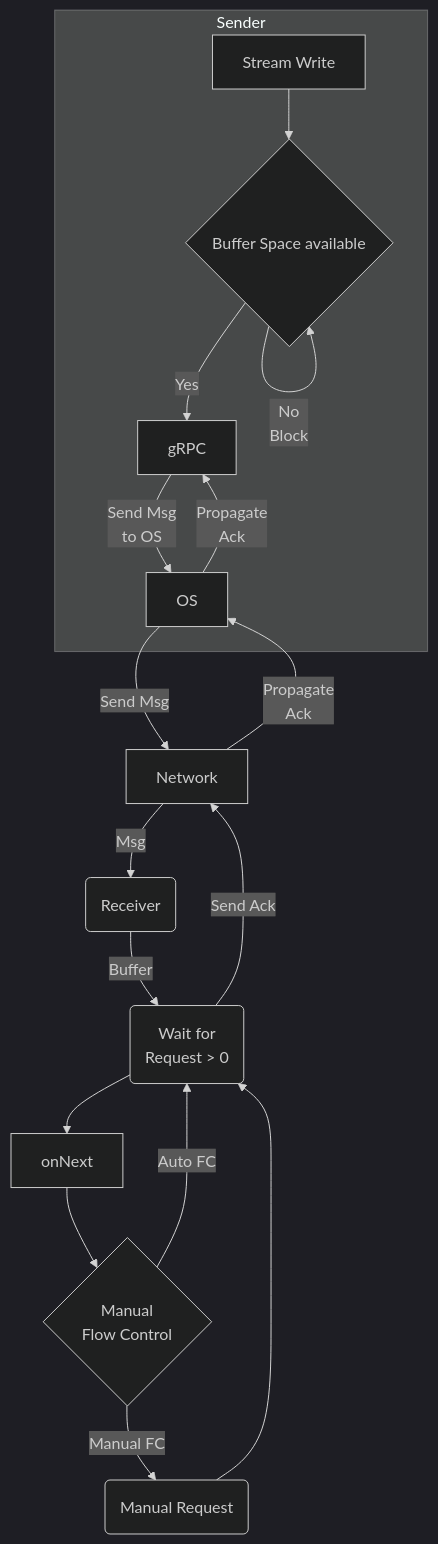
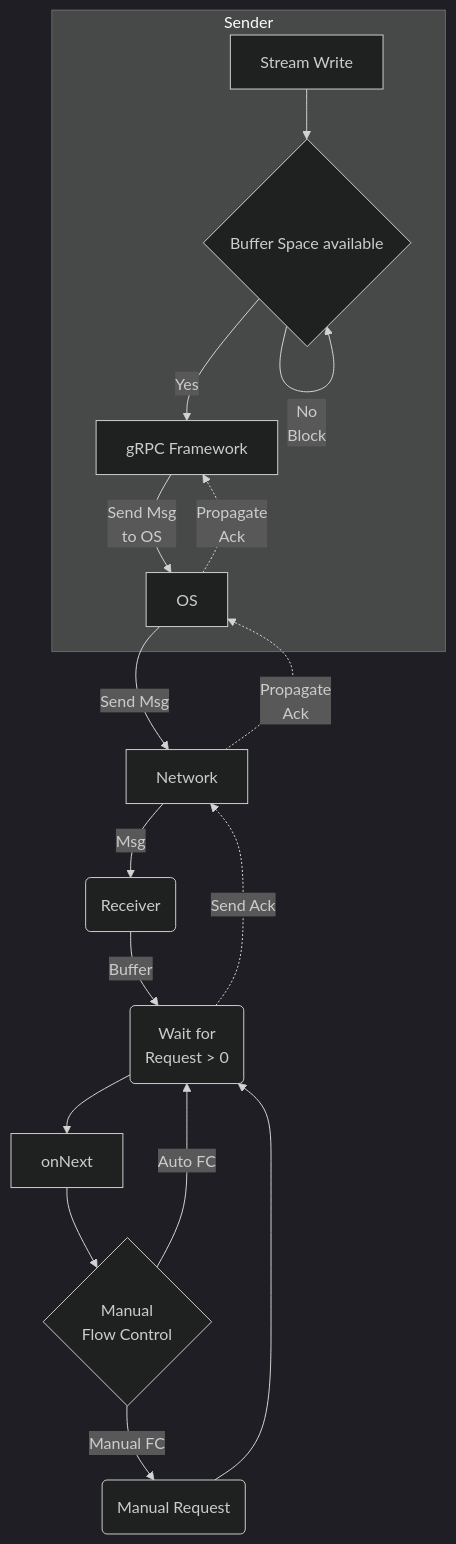
The diagram in content/en/docs/guides/flow-control.md (grpc/grpc.io), drawn with Mermaid (dark theme) before and after one commit.

````diff
--- a/content/en/docs/guides/flow-control.md
+++ b/content/en/docs/guides/flow-control.md
@@ -46,26 +46,26 @@
 ```mermaid
 flowchart TD
 subgraph Sender
 SW
 BF
 gRPC
 OS
 end
 
 SW[Stream Write] --> BF{Buffer Space available}
   BF --> | Yes| gRPC
   BF --> |No\nBlock| BF
-  gRPC --> |Send Msg \nto OS| OS
+  gRPC[gRPC Framework] --> |Send Msg \nto OS| OS
   OS --> |Send Msg| N[Network]
   N -->|Msg| C(Receiver)
   C--> |Buffer| RQ(Wait for\nRequest > 0)
   RQ -->onNext 
-  RQ --> |Send Ack| N
-  N --> |Propagate\nAck| OS
-  OS-->|Propagate\nAck| gRPC
+  RQ -.-> |Send Ack| N
+  N -.-> |Propagate\nAck| OS
+  OS-.->|Propagate\nAck| gRPC
   onNext --> M{Manual\nFlow Control}
   M --> |Auto FC| RQ
   M --> |Manual FC| MR(Manual Request)
   MR --> RQ
   
 ```
````
